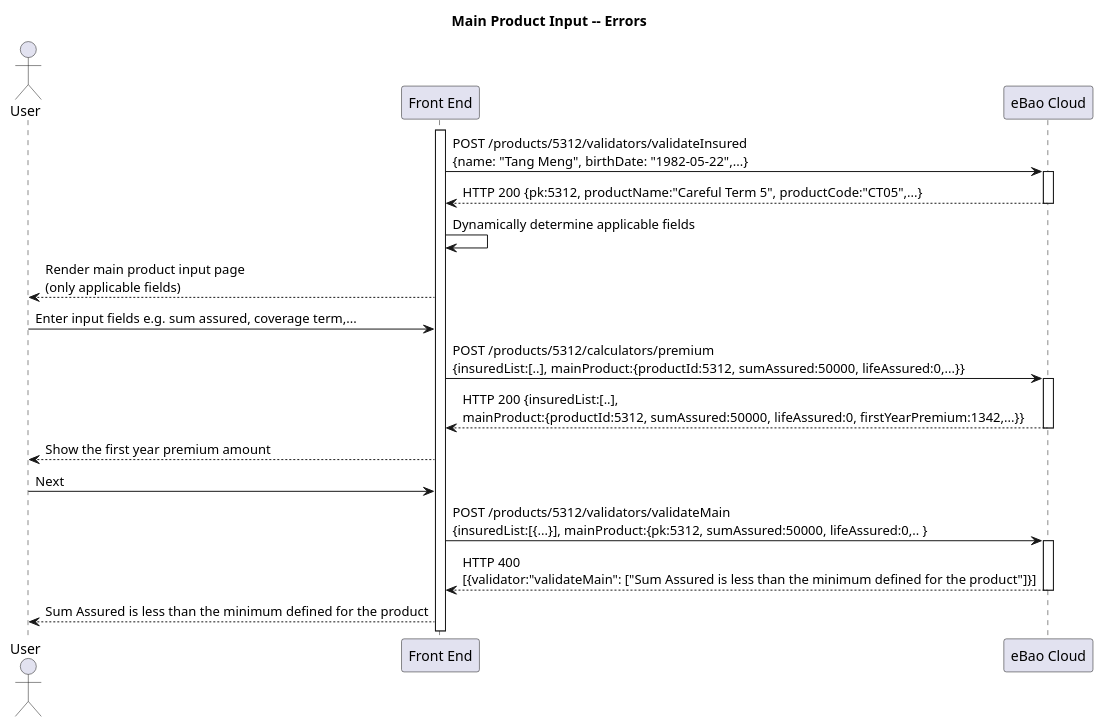
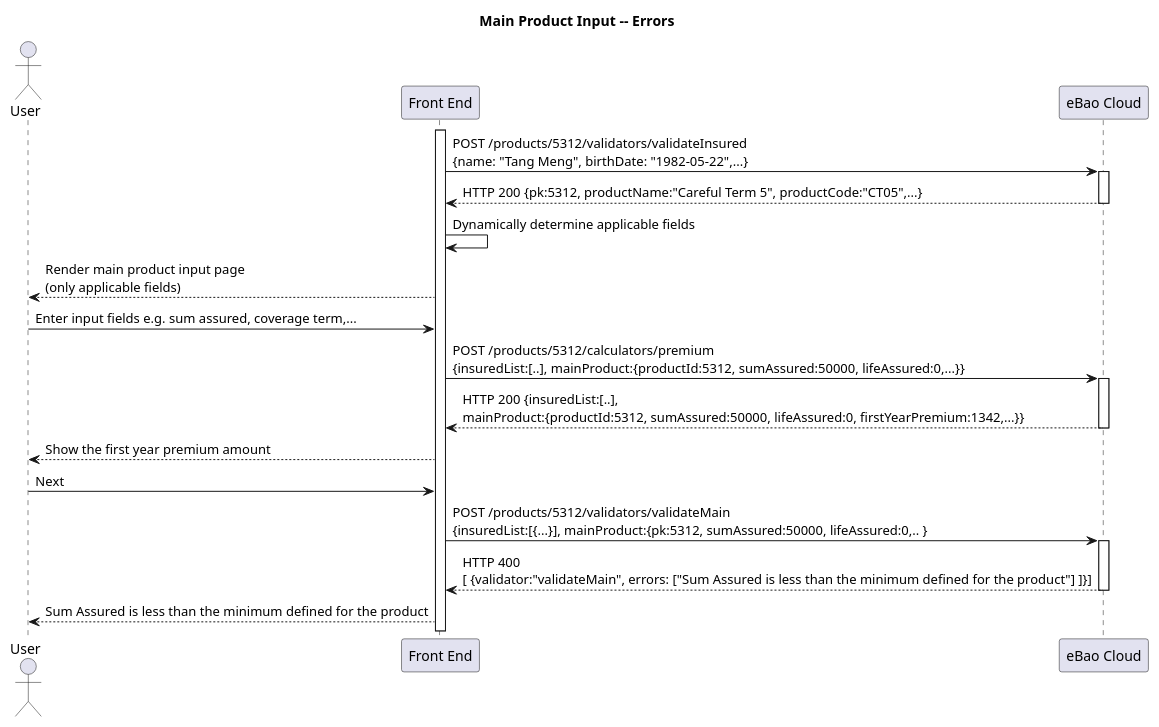
Before and after one commit to yitchoong/cloudapi: the seventh of 12 diagrams in markdown/products-2.md, drawn with PlantUML. The commit also changed other lines of this file and 41 other files, not shown here.

````diff
--- a/markdown/products-2.md
+++ b/markdown/products-2.md
@@ -316,28 +319,28 @@
 ```puml
 title **Main Product Input -- Errors **
 actor "User" as user
 participant "Front End" as front
 participant "eBao Cloud" as ebao
 
 activate front
 front -> ebao: POST /products/5312/validators/validateInsured \n{name: "Tang Meng", birthDate: "1982-05-22",...}
 activate ebao
 ebao --> front : HTTP 200 {pk:5312, productName:"Careful Term 5", productCode:"CT05",...}
 deactivate ebao
 
 front -> front : Dynamically determine applicable fields
 front --> user : Render main product input page \n(only applicable fields)
 user -> front : Enter input fields e.g. sum assured, coverage term,...
 front -> ebao: POST /products/5312/calculators/premium \n{insuredList:[..], mainProduct:{productId:5312, sumAssured:50000, lifeAssured:0,...}}
 activate ebao
 ebao --> front : HTTP 200 {insuredList:[..], \nmainProduct:{productId:5312, sumAssured:50000, lifeAssured:0, firstYearPremium:1342,...}}
 deactivate ebao
 front --> user: Show the first year premium amount
 
 user -> front : Next
 front -> ebao: POST /products/5312/validators/validateMain \n{insuredList:[{...}], mainProduct:{pk:5312, sumAssured:50000, lifeAssured:0,.. }
 activate ebao
-ebao --> front: HTTP 400 \n[{validator:"validateMain": ["Sum Assured is less than the minimum defined for the product"]}]
+ebao --> front: HTTP 400 \n[ {validator:"validateMain", errors: ["Sum Assured is less than the minimum defined for the product"] ]}]
 deactivate ebao
 front --> user : Sum Assured is less than the minimum defined for the product
 ```
````
